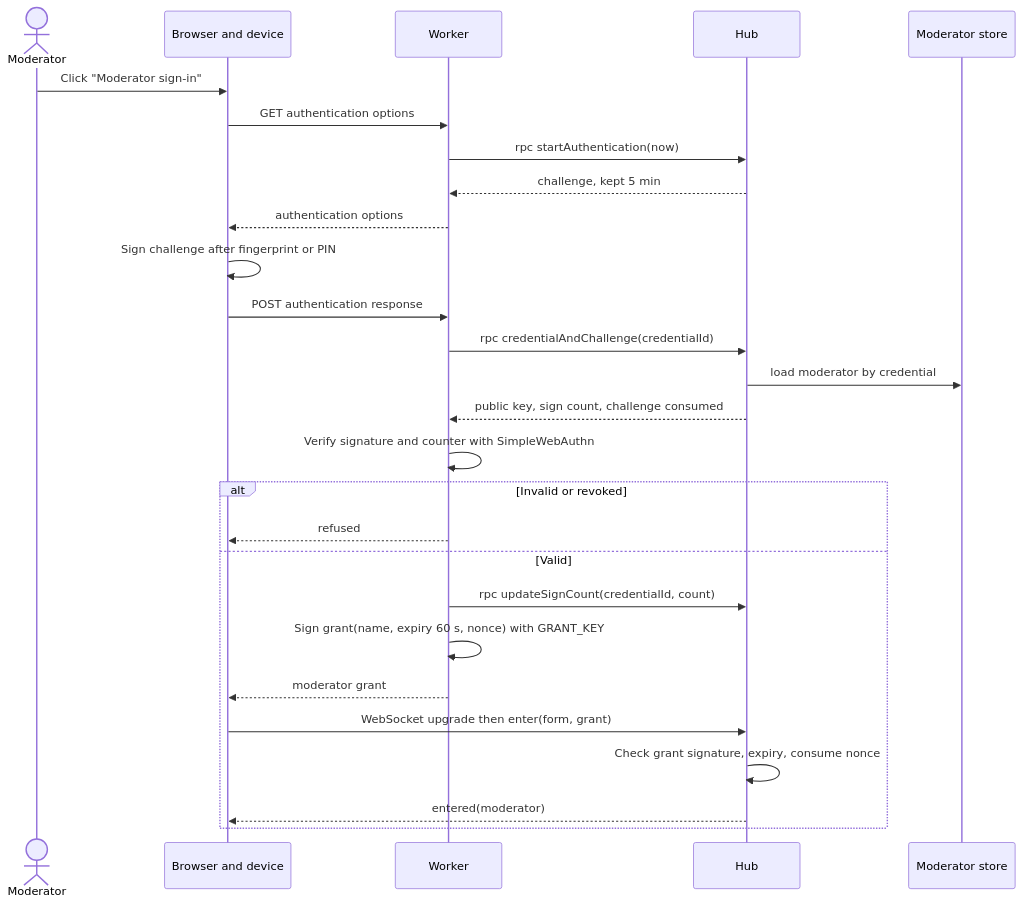
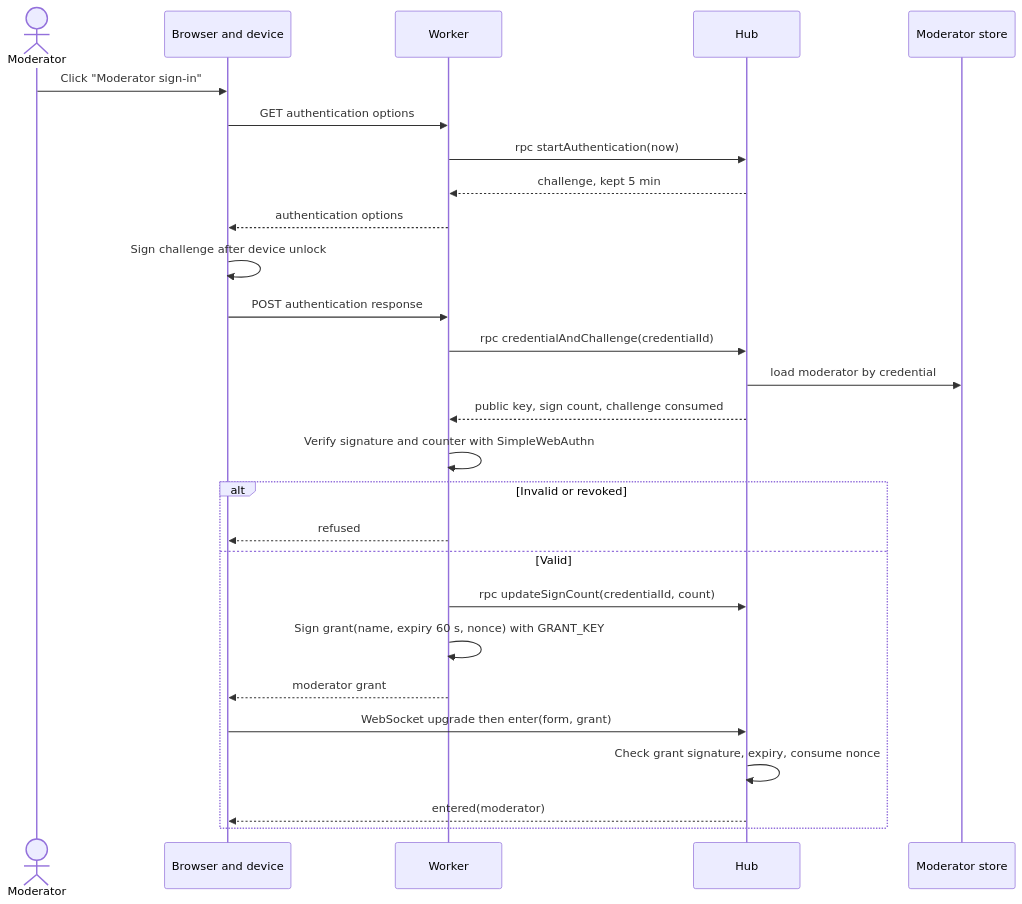
One commit to benoit-bremaud/asv changed the diagram in docs/architecture/diagrams/moderation/02c-sequence-moderator-sign-in.md. Above: the diagram before and after it, drawn with Mermaid. The commit also changed 43 other files, not shown here.

First line of the commit message:
docs: accounts for private messages, strikes, legal-first roadmap

````diff
--- a/docs/architecture/diagrams/moderation/02c-sequence-moderator-sign-in.md
+++ b/docs/architecture/diagrams/moderation/02c-sequence-moderator-sign-in.md
@@ -13,29 +13,29 @@
 ```mermaid
 sequenceDiagram
   actor M as Moderator
   participant B as Browser and device
   participant WK as Worker
   participant H as Hub
   participant MS as Moderator store
   M->>B: Click "Moderator sign-in"
   B->>WK: GET authentication options
   WK->>H: rpc startAuthentication(now)
   H-->>WK: challenge, kept 5 min
   WK-->>B: authentication options
-  B->>B: Sign challenge after fingerprint or PIN
+  B->>B: Sign challenge after device unlock
   B->>WK: POST authentication response
   WK->>H: rpc credentialAndChallenge(credentialId)
   H->>MS: load moderator by credential
   H-->>WK: public key, sign count, challenge consumed
   WK->>WK: Verify signature and counter with SimpleWebAuthn
   alt Invalid or revoked
     WK-->>B: refused
   else Valid
     WK->>H: rpc updateSignCount(credentialId, count)
     WK->>WK: Sign grant(name, expiry 60 s, nonce) with GRANT_KEY
     WK-->>B: moderator grant
     B->>H: WebSocket upgrade then enter(form, grant)
     H->>H: Check grant signature, expiry, consume nonce
     H-->>B: entered(moderator)
   end
 ```
````
